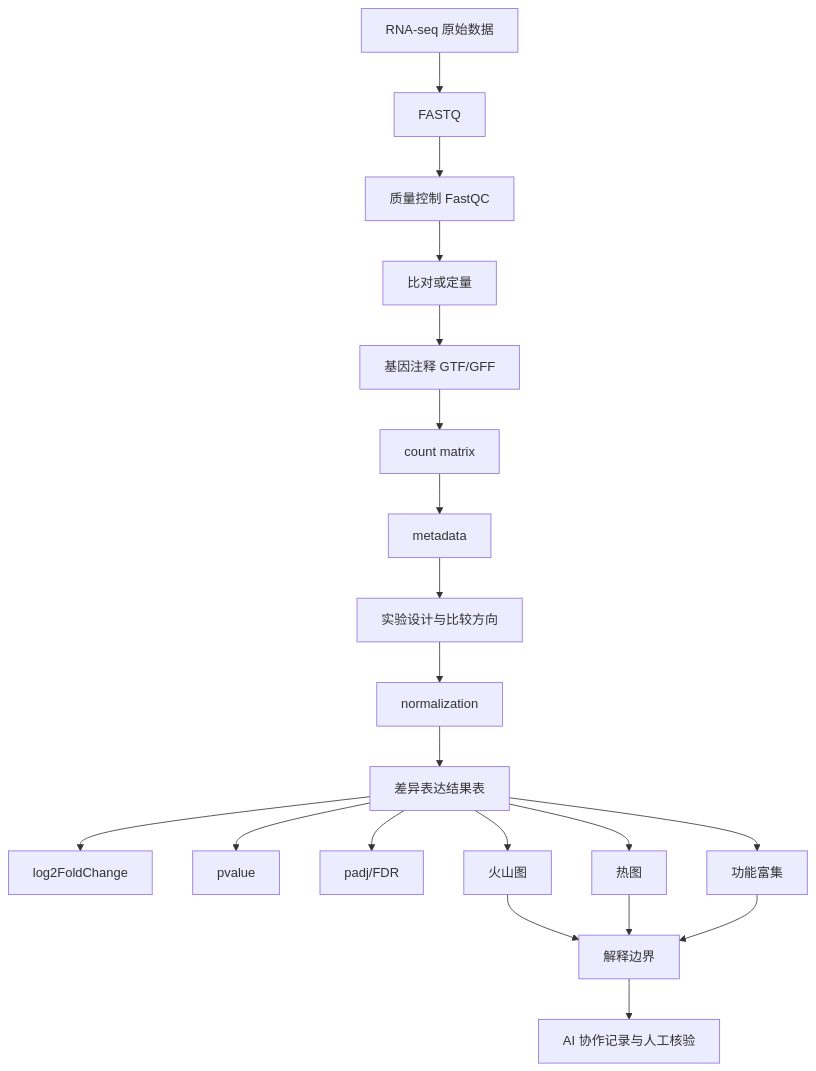
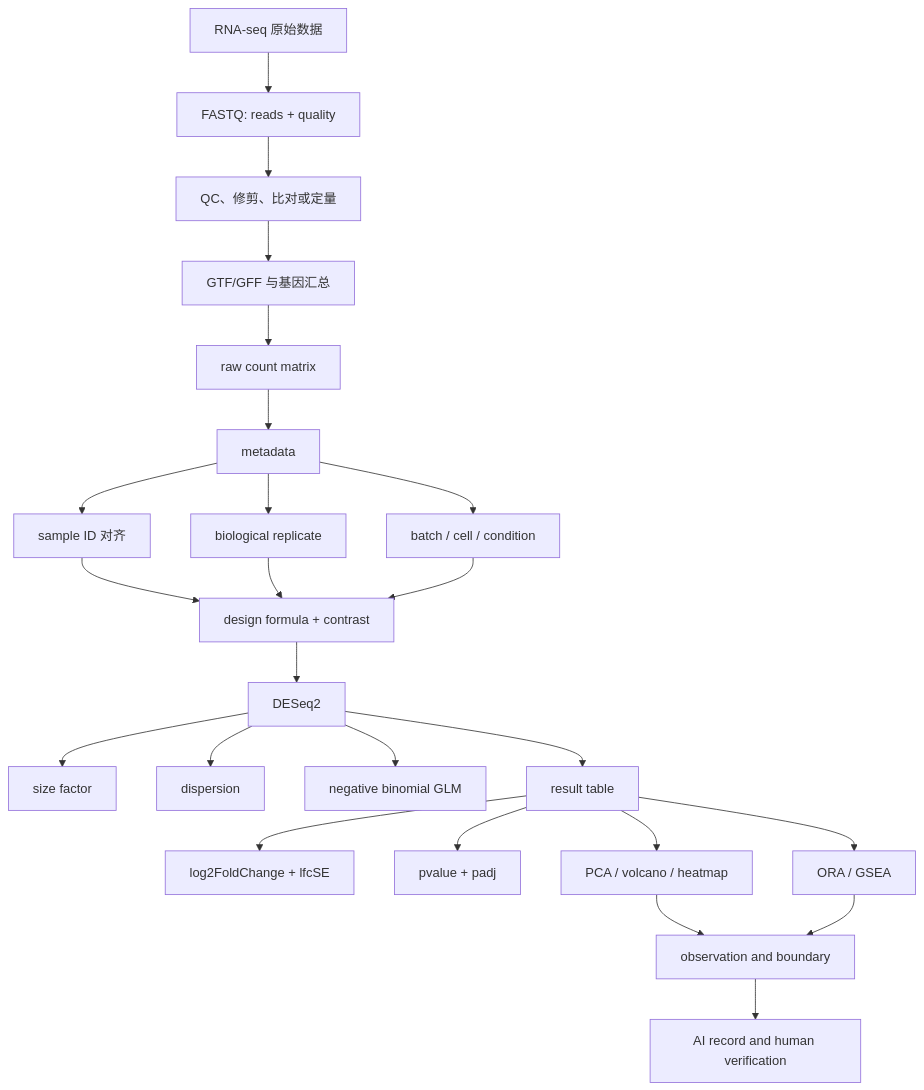
One commit to luvega/AI_MED_DataVis changed the second of 2 diagrams in docs/chapters/chapter-12/index.md. Above: the diagram before and after it, drawn with Mermaid. The commit also changed other lines of this file and 84 other files, not shown here.

````diff
--- a/docs/chapters/chapter-12/index.md
+++ b/docs/chapters/chapter-12/index.md
@@ -411,22 +744,26 @@
 ```mermaid
 flowchart TB
-  A["RNA-seq 原始数据"] --> A1["FASTQ"]
-  A1 --> A2["质量控制 FastQC"]
-  A2 --> A3["比对或定量"]
-  A3 --> A4["基因注释 GTF/GFF"]
-  A4 --> B["count matrix"]
+  A["RNA-seq 原始数据"] --> A1["FASTQ: reads + quality"]
+  A1 --> A2["QC、修剪、比对或定量"]
+  A2 --> A3["GTF/GFF 与基因汇总"]
+  A3 --> B["raw count matrix"]
   B --> C["metadata"]
-  C --> D["实验设计与比较方向"]
-  D --> E["normalization"]
-  E --> F["差异表达结果表"]
-  F --> F1["log2FoldChange"]
-  F --> F2["pvalue"]
-  F --> F3["padj/FDR"]
-  F --> G["火山图"]
-  F --> H["热图"]
-  F --> I["功能富集"]
-  G --> J["解释边界"]
-  H --> J
-  I --> J
-  J --> K["AI 协作记录与人工核验"]
+  C --> C1["sample ID 对齐"]
+  C --> C2["biological replicate"]
+  C --> C3["batch / cell / condition"]
+  C1 --> D["design formula + contrast"]
+  C2 --> D
+  C3 --> D
+  D --> E["DESeq2"]
+  E --> E1["size factor"]
+  E --> E2["dispersion"]
+  E --> E3["negative binomial GLM"]
+  E --> F["result table"]
+  F --> F1["log2FoldChange + lfcSE"]
+  F --> F2["pvalue + padj"]
+  F --> G["PCA / volcano / heatmap"]
+  F --> H["ORA / GSEA"]
+  G --> I["observation and boundary"]
+  H --> I
+  I --> J["AI record and human verification"]
 ```
````
